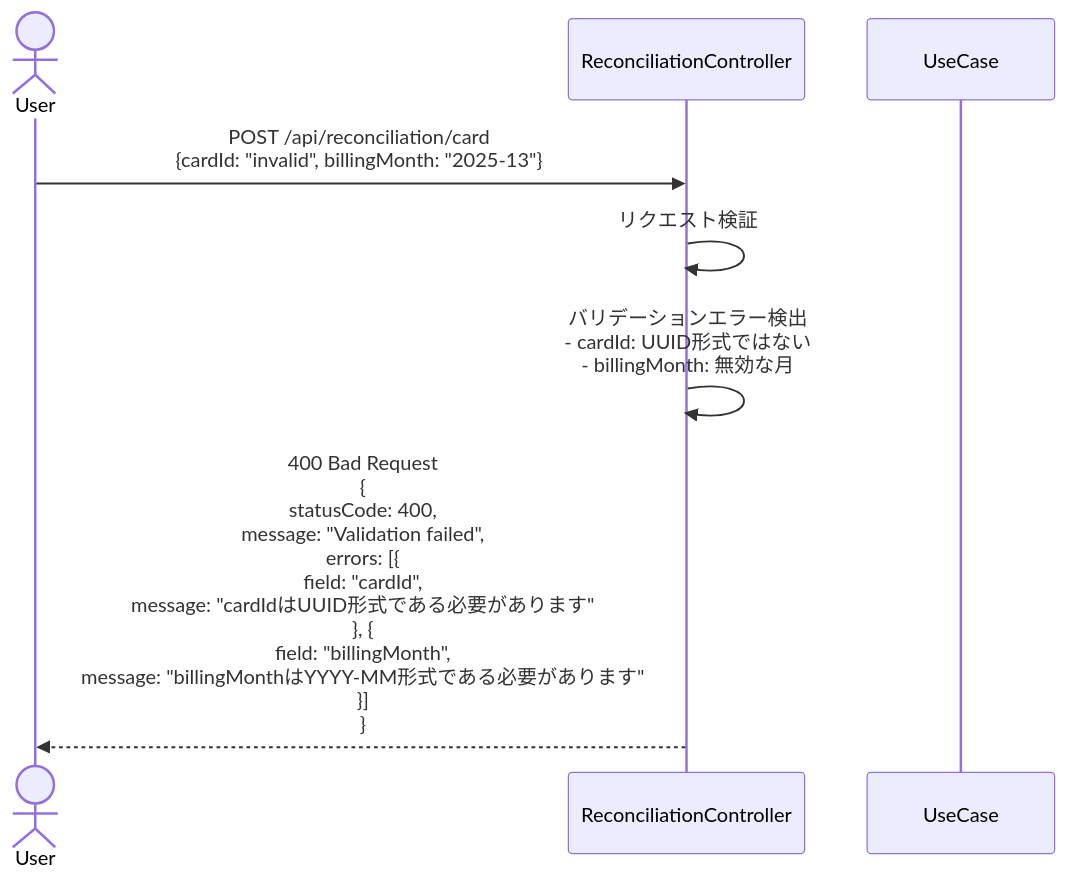
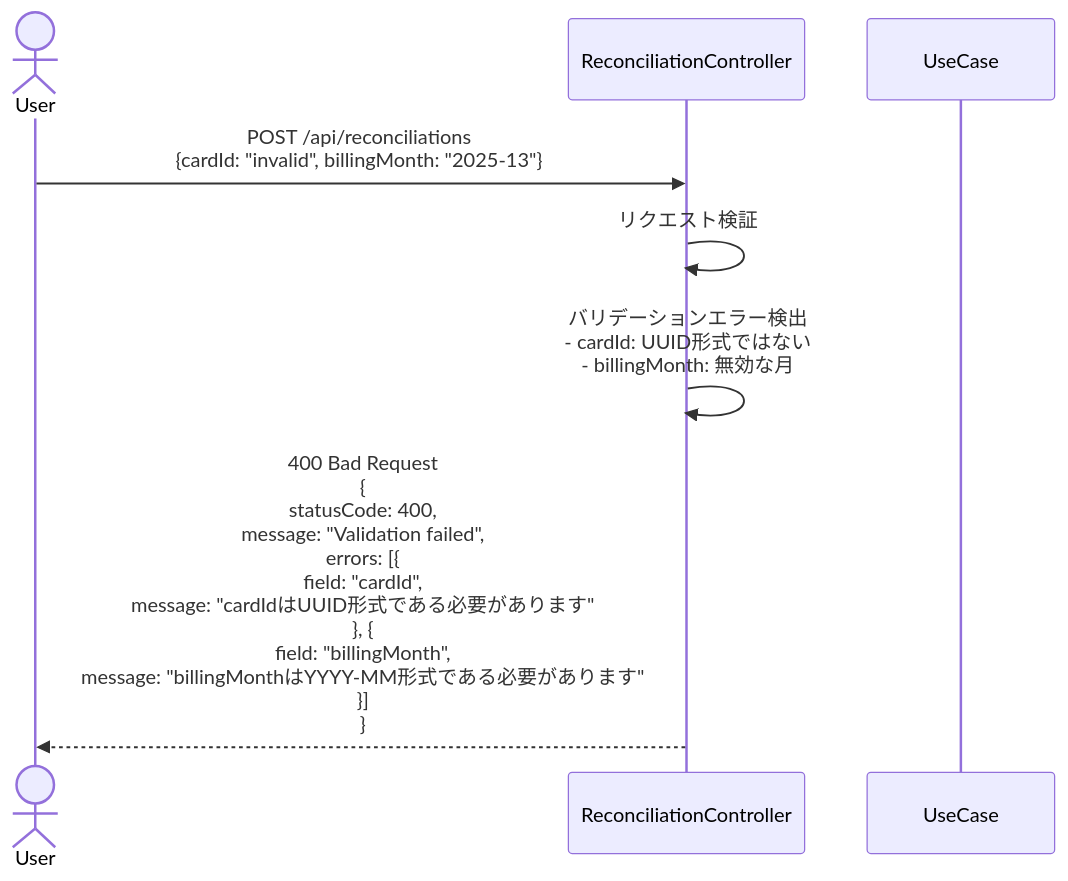
Before and after one commit to kencom2400/account-book: the fourth of 10 diagrams in docs/detailed-design/FR-013_bank-withdrawal-reconciliation/sequence-diagrams.md, drawn with Mermaid. The commit also changed other lines of this file and 4 other files, not shown here.

````diff
--- a/docs/detailed-design/FR-013_bank-withdrawal-reconciliation/sequence-diagrams.md
+++ b/docs/detailed-design/FR-013_bank-withdrawal-reconciliation/sequence-diagrams.md
@@ -224,13 +221,13 @@
 ```mermaid
 sequenceDiagram
     actor User
     participant API as ReconciliationController
     participant UC as UseCase
 
-    User->>API: POST /api/reconciliation/card<br/>{cardId: "invalid", billingMonth: "2025-13"}
+    User->>API: POST /api/reconciliations<br/>{cardId: "invalid", billingMonth: "2025-13"}
 
     API->>API: リクエスト検証
     API->>API: バリデーションエラー検出<br/>- cardId: UUID形式ではない<br/>- billingMonth: 無効な月
 
     API-->>User: 400 Bad Request<br/>{<br/>  statusCode: 400,<br/>  message: "Validation failed",<br/>  errors: [{<br/>    field: "cardId",<br/>    message: "cardIdはUUID形式である必要があります"<br/>  }, {<br/>    field: "billingMonth",<br/>    message: "billingMonthはYYYY-MM形式である必要があります"<br/>  }]<br/>}
 ```
````
